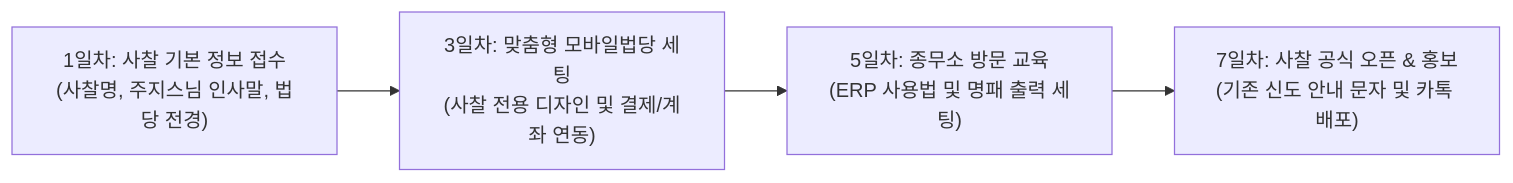
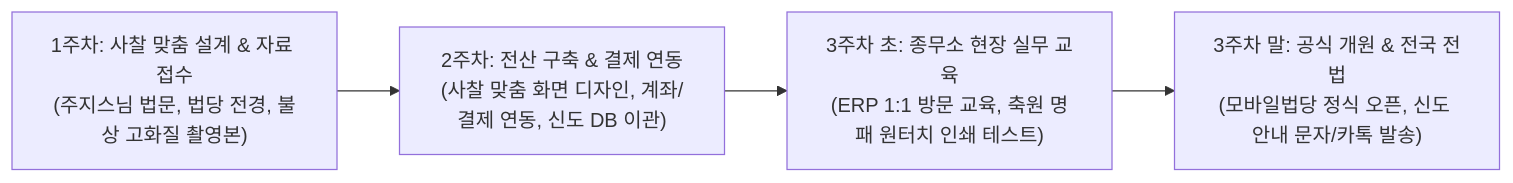
Before and after one commit to kcs5540/sowonpray: the second of 2 diagrams in docs/B2B_MOBILE_TEMPLE_PROPOSAL.md, drawn with Mermaid. The commit also changed other lines of this file and 1 other file, not shown here.

Commit message:
feat: update proposal construction roadmap from 7 days to 3 weeks

````diff
--- a/docs/B2B_MOBILE_TEMPLE_PROPOSAL.md
+++ b/docs/B2B_MOBILE_TEMPLE_PROPOSAL.md
@@ -177,6 +177,6 @@
 ```mermaid
 flowchart LR
-    D1["1일차: 사찰 기본 정보 접수<br>(사찰명, 주지스님 인사말, 법당 전경)"] --> D2["3일차: 맞춤형 모바일법당 세팅<br>(사찰 전용 디자인 및 결제/계좌 연동)"]
-    D2 --> D3["5일차: 종무소 방문 교육<br>(ERP 사용법 및 명패 출력 세팅)"]
-    D3 --> D4["7일차: 사찰 공식 오픈 & 홍보<br>(기존 신도 안내 문자 및 카톡 배포)"]
+    D1["1주차: 사찰 맞춤 설계 & 자료 접수<br>(주지스님 법문, 법당 전경, 불상 고화질 촬영본)"] --> D2["2주차: 전산 구축 & 결제 연동<br>(사찰 맞춤 화면 디자인, 계좌/결제 연동, 신도 DB 이관)"]
+    D2 --> D3["3주차 초: 종무소 현장 실무 교육<br>(ERP 1:1 방문 교육, 축원 명패 원터치 인쇄 테스트)"]
+    D3 --> D4["3주차 말: 공식 개원 & 전국 전법<br>(모바일법당 정식 오픈, 신도 안내 문자/카톡 발송)"]
 ```
````
